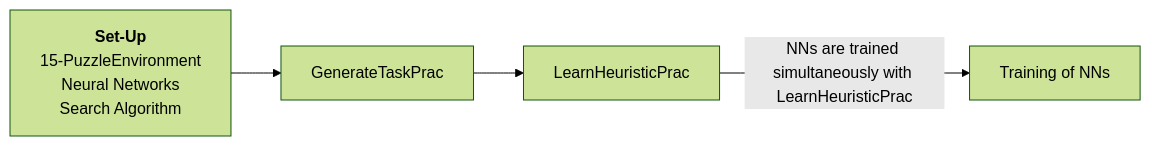
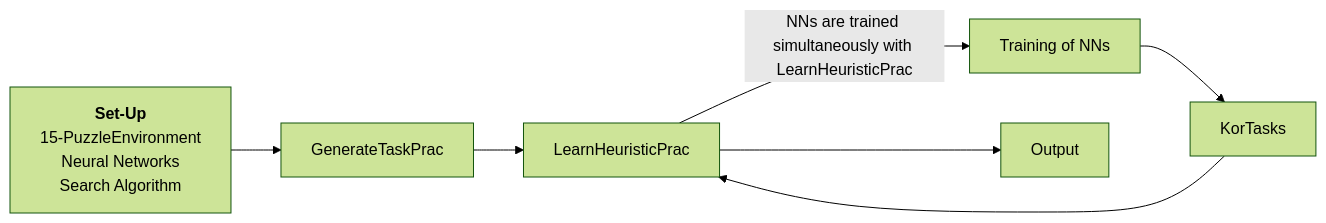
One commit to OShagHennessy/Reproducibility_Assignment changed the diagram in README.md. Above: the diagram before and after it, drawn with Mermaid (forest theme).

````diff
--- a/README.md
+++ b/README.md
@@ -10,13 +10,13 @@
 ```mermaid
 graph LR;
 
 FirstBlock["`**Set-Up**
 15-PuzzleEnvironment
 Neural Networks
 Search Algorithm`"]
 Algorithm3["`GenerateTaskPrac`"]
 Algorithm4["`LearnHeuristicPrac`"]
 TrainingofNNs["`Training of NNs`"]
 
-FirstBlock --> Algorithm3 --> Algorithm4 --NNs are trained simultaneously with LearnHeuristicPrac--> TrainingofNNs
+FirstBlock --> Algorithm3 --> Algorithm4 --NNs are trained simultaneously with LearnHeuristicPrac--> TrainingofNNs --> KorTasks --> Algorithm4 --> Output
 ```
````
